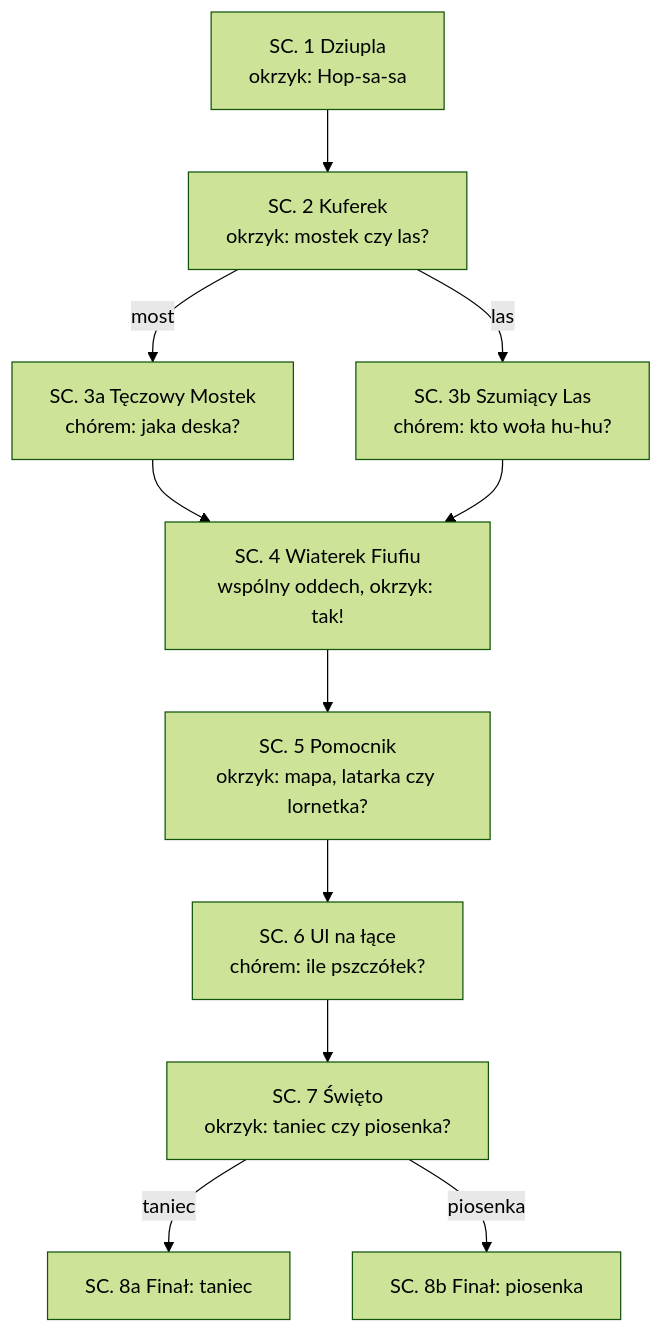
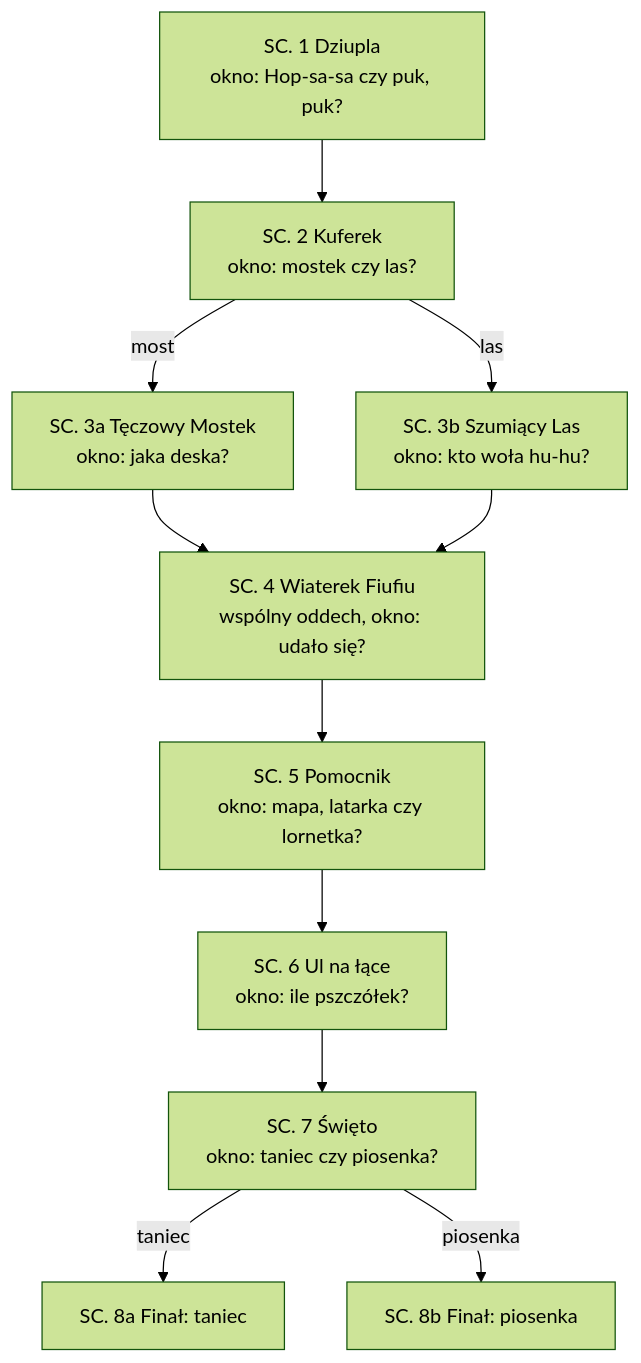
One commit to KsaweryTrebacz/FilmSpringOpen2026 changed the diagram in scenarios/klub_ciekawskich.md. Above: the diagram before and after it, drawn with Mermaid (forest theme). The commit also changed other lines of this file and 34 other files, not shown here.

````diff
--- a/scenarios/klub_ciekawskich.md
+++ b/scenarios/klub_ciekawskich.md
@@ -46,13 +45,13 @@
 ```mermaid
 flowchart TD
-    powitanie["SC. 1 Dziupla<br/>okrzyk: Hop-sa-sa"] --> kuferek["SC. 2 Kuferek<br/>okrzyk: mostek czy las?"]
-    kuferek -->|most| most["SC. 3a Tęczowy Mostek<br/>chórem: jaka deska?"]
-    kuferek -->|las| las["SC. 3b Szumiący Las<br/>chórem: kto woła hu-hu?"]
-    most --> wiaterek["SC. 4 Wiaterek Fiufiu<br/>wspólny oddech, okrzyk: tak!"]
+    powitanie["SC. 1 Dziupla<br/>okno: Hop-sa-sa czy puk, puk?"] --> kuferek["SC. 2 Kuferek<br/>okno: mostek czy las?"]
+    kuferek -->|most| most["SC. 3a Tęczowy Mostek<br/>okno: jaka deska?"]
+    kuferek -->|las| las["SC. 3b Szumiący Las<br/>okno: kto woła hu-hu?"]
+    most --> wiaterek["SC. 4 Wiaterek Fiufiu<br/>wspólny oddech, okno: udało się?"]
     las --> wiaterek
-    wiaterek --> pomocnik["SC. 5 Pomocnik<br/>okrzyk: mapa, latarka czy lornetka?"]
-    pomocnik --> laka["SC. 6 Ul na łące<br/>chórem: ile pszczółek?"]
-    laka --> swieto["SC. 7 Święto<br/>okrzyk: taniec czy piosenka?"]
+    wiaterek --> pomocnik["SC. 5 Pomocnik<br/>okno: mapa, latarka czy lornetka?"]
+    pomocnik --> laka["SC. 6 Ul na łące<br/>okno: ile pszczółek?"]
+    laka --> swieto["SC. 7 Święto<br/>okno: taniec czy piosenka?"]
     swieto -->|taniec| koniec_taniec["SC. 8a Finał: taniec"]
     swieto -->|piosenka| koniec_piosenka["SC. 8b Finał: piosenka"]
 ```
````
